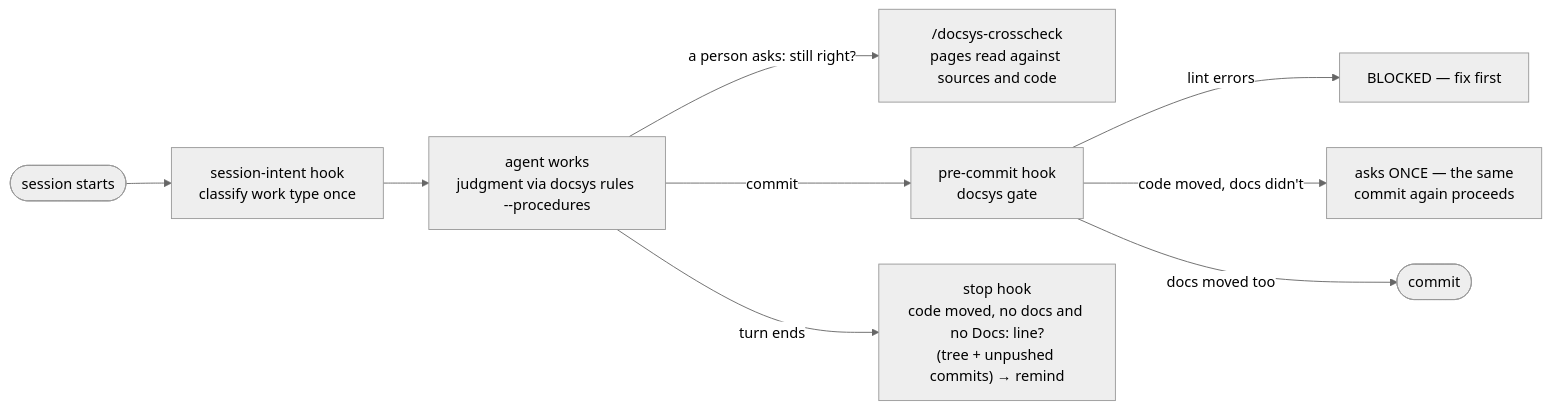
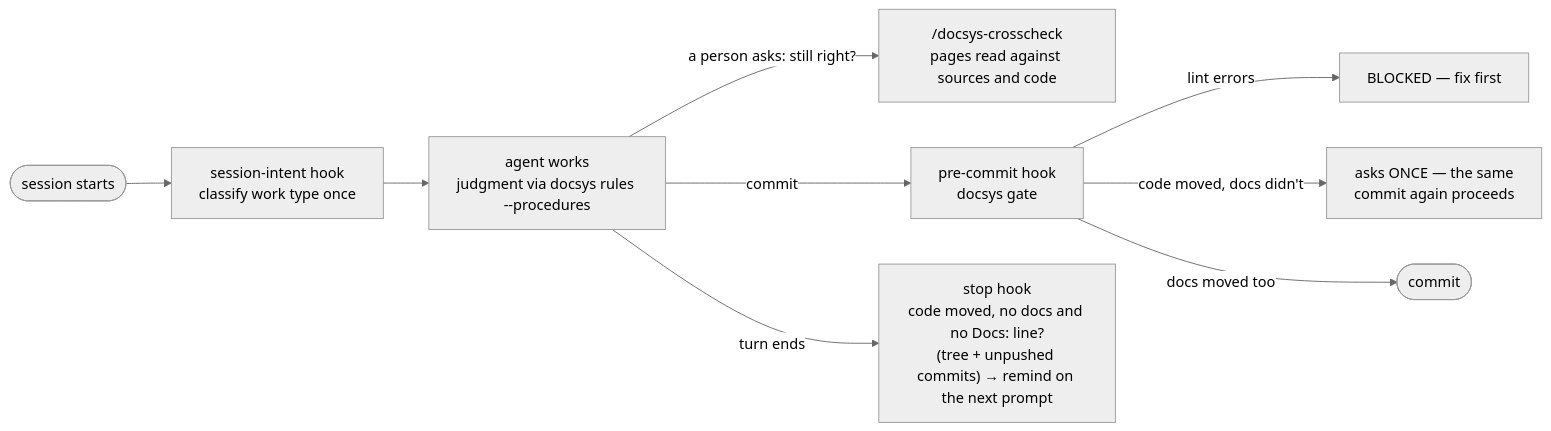
The fourth of 7 diagrams in README.md (FatihErtugral/docsys), drawn with Mermaid (neutral theme) before and after one commit. The commit also changed 36 other files, not shown here.

````diff
--- a/README.md
+++ b/README.md
@@ -133,11 +133,11 @@
 ```mermaid
 flowchart LR
     S([session starts]) --> SI["session-intent hook<br/>classify work type once"]
     SI --> WORK["agent works<br/>judgment via docsys rules --procedures"]
     WORK -- "a person asks: still right?" --> CC["/docsys-crosscheck<br/>pages read against sources and code"]
     WORK -- "commit" --> PC["pre-commit hook<br/>docsys gate"]
-    WORK -- "turn ends" --> ST["stop hook<br/>code moved, no docs and no Docs: line?<br/>(tree + unpushed commits) → remind"]
+    WORK -- "turn ends" --> ST["stop hook<br/>code moved, no docs and no Docs: line?<br/>(tree + unpushed commits) → remind on the next prompt"]
     PC -- "lint errors" --> BLOCK[BLOCKED — fix first]
     PC -- "code moved, docs didn't" --> ASK["asks ONCE — the same<br/>commit again proceeds"]
     PC -- "docs moved too" --> DONE([commit])
 ```
````
